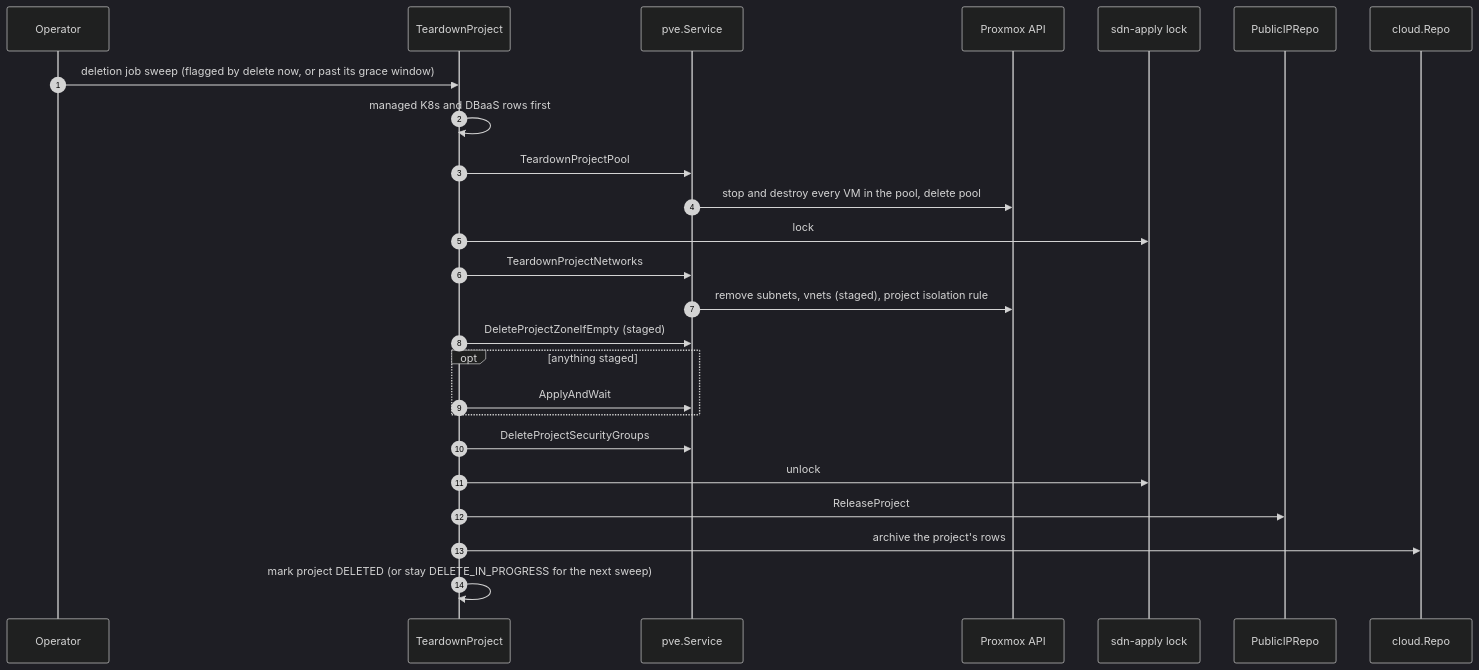
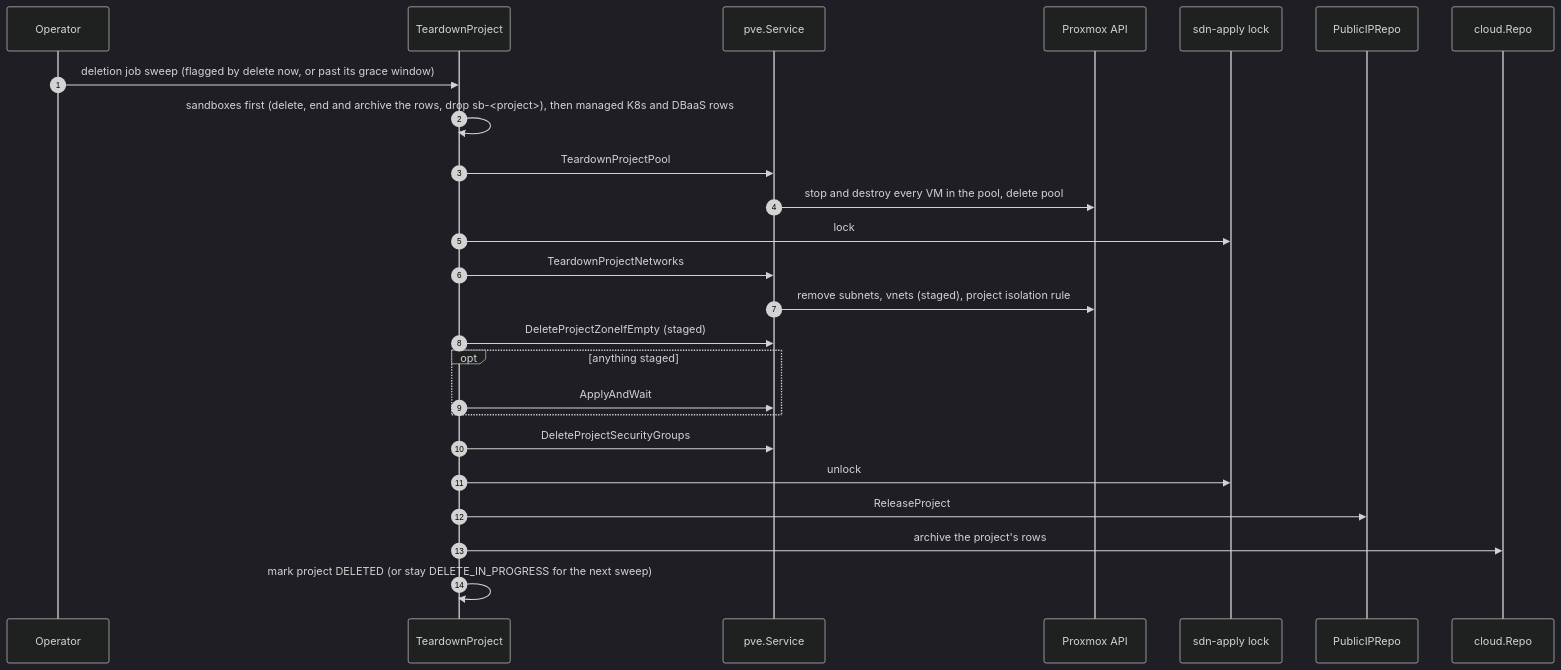
Before and after one commit to mutex-solutions/proxcloud: the seventh of 8 diagrams in docs/architecture/c4/c4-code.md, drawn with Mermaid (dark theme). The commit also changed other lines of this file and 54 other files, not shown here.

````diff
--- a/docs/architecture/c4/c4-code.md
+++ b/docs/architecture/c4/c4-code.md
@@ -390,28 +437,28 @@
 ```mermaid
 sequenceDiagram
   autonumber
   participant OP as Operator
   participant T as TeardownProject
   participant PS as pve.Service
   participant PVE as Proxmox API
   participant L as sdn-apply lock
   participant IP as PublicIPRepo
   participant R as cloud.Repo
 
   OP->>T: deletion job sweep (flagged by delete now, or past its grace window)
-  T->>T: managed K8s and DBaaS rows first
+  T->>T: sandboxes first (delete, end and archive the rows, drop sb-<project>), then managed K8s and DBaaS rows
   T->>PS: TeardownProjectPool
   PS->>PVE: stop and destroy every VM in the pool, delete pool
   T->>L: lock
   T->>PS: TeardownProjectNetworks
   PS->>PVE: remove subnets, vnets (staged), project isolation rule
   T->>PS: DeleteProjectZoneIfEmpty (staged)
   opt anything staged
     T->>PS: ApplyAndWait
   end
   T->>PS: DeleteProjectSecurityGroups
   T->>L: unlock
   T->>IP: ReleaseProject
   T->>R: archive the project's rows
   T->>T: mark project DELETED (or stay DELETE_IN_PROGRESS for the next sweep)
 ```
````
